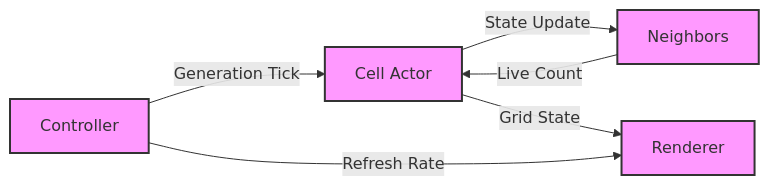
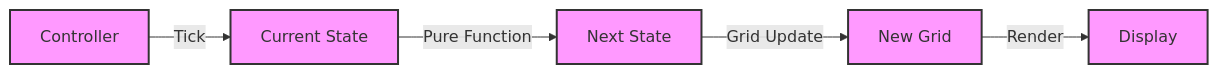
Before and after one commit to dewe/py-gol: the fifth of 7 diagrams in docs/diagrams.md, drawn with Mermaid. The commit also changed other lines of this file, not shown here.

Commit message:
docs: update diagrams to reflect pure functional architecture

````diff
--- a/docs/diagrams.md
+++ b/docs/diagrams.md
@@ -128,12 +121,11 @@
 ```mermaid
 graph LR
-    A[Cell Actor] -->|State Update| B[Neighbors]
-    B -->|Live Count| A
-    A -->|Grid State| C[Renderer]
-    D[Controller] -->|Generation Tick| A
-    D -->|Refresh Rate| C
+    A[Current State] -->|Pure Function| B[Next State]
+    B -->|Grid Update| C[New Grid]
+    C -->|Render| D[Display]
+    E[Controller] -->|Tick| A
 
     %% Styling
     classDef component fill:#f9f,stroke:#333,stroke-width:2px;
-    class A,B,C,D component;
+    class A,B,C,D,E component;
 ```
````
